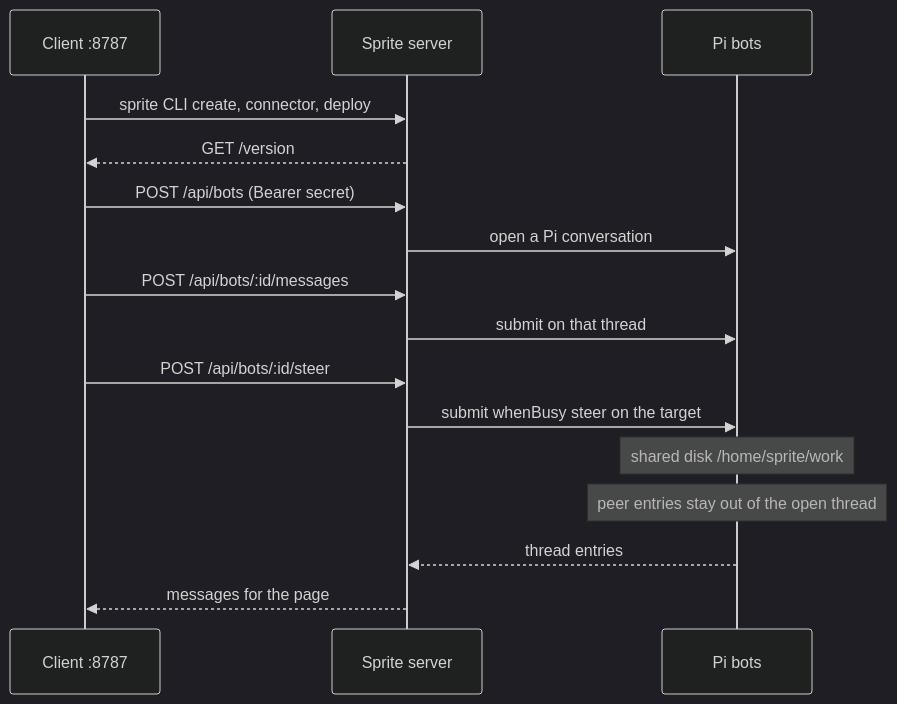
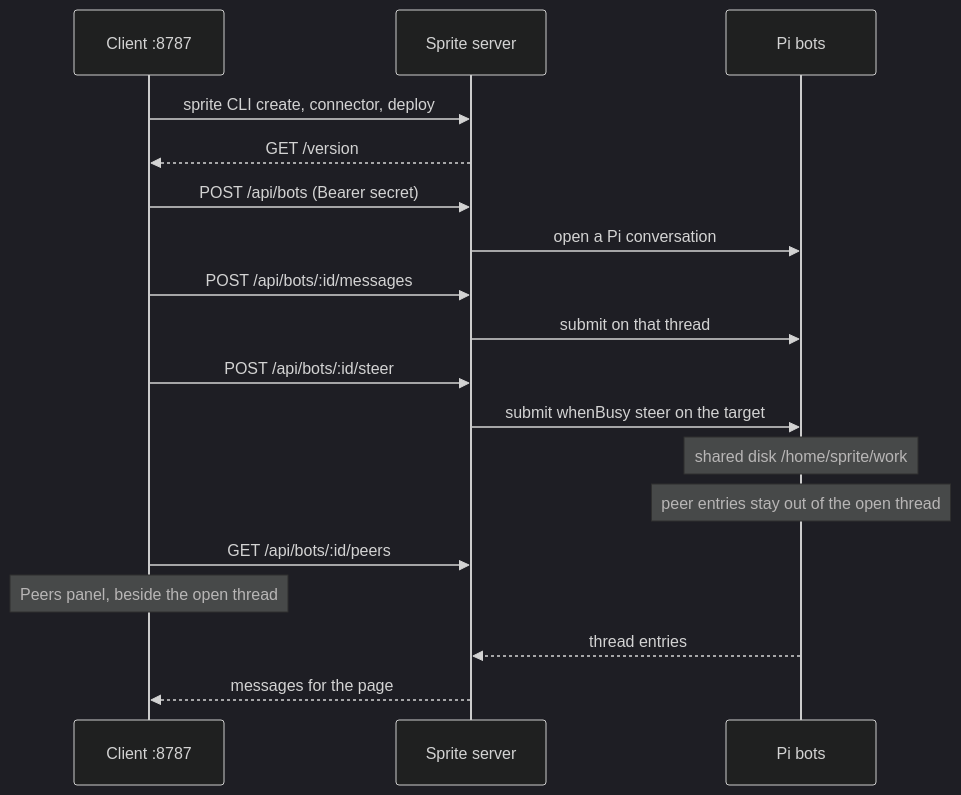
The diagram in docs/architecture.md (richardanaya/pi-orbs), drawn with Mermaid (dark theme) before and after one commit. The commit also changed other lines of this file and 8 other files, not shown here.

First line of the commit message:
Show cross-bot steers in a Peers panel.

````diff
--- a/docs/architecture.md
+++ b/docs/architecture.md
@@ -108,18 +112,20 @@
 ```mermaid
 sequenceDiagram
   participant Client as Client :8787
   participant Sprite as Sprite server
   participant Bots as Pi bots
   Client->>Sprite: sprite CLI create, connector, deploy
   Sprite-->>Client: GET /version
   Client->>Sprite: POST /api/bots (Bearer secret)
   Sprite->>Bots: open a Pi conversation
   Client->>Sprite: POST /api/bots/:id/messages
   Sprite->>Bots: submit on that thread
   Client->>Sprite: POST /api/bots/:id/steer
   Sprite->>Bots: submit whenBusy steer on the target
   Note over Bots: shared disk /home/sprite/work
   Note over Bots: peer entries stay out of the open thread
+  Client->>Sprite: GET /api/bots/:id/peers
+  Note over Client: Peers panel, beside the open thread
   Bots-->>Sprite: thread entries
   Sprite-->>Client: messages for the page
 ```
````
